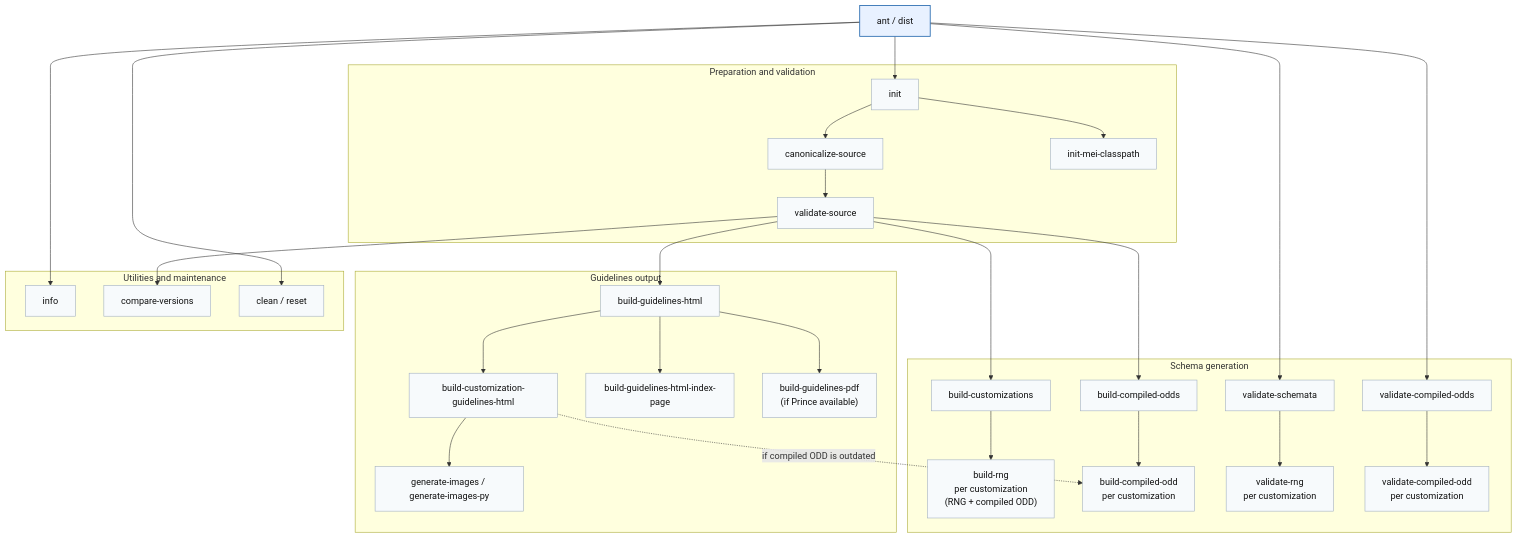
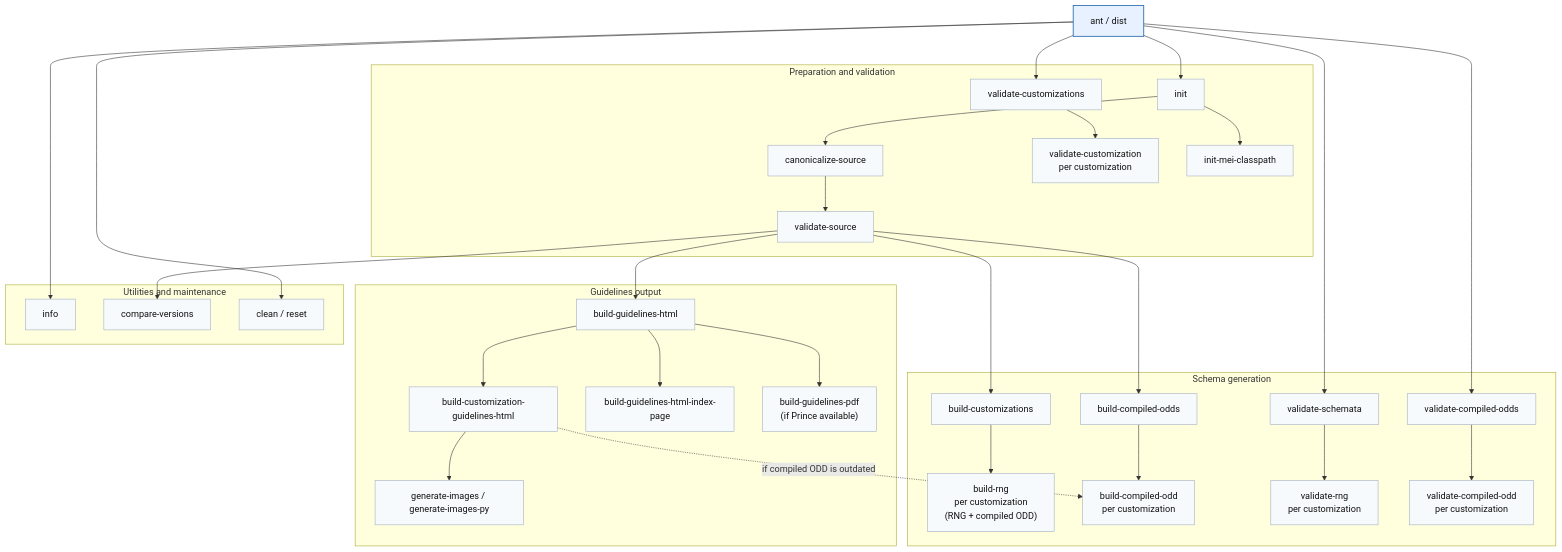
One commit to music-encoding/music-encoding changed the diagram in BUILD_COMMANDLINE.md. Above: the diagram before and after it, drawn with Mermaid. The commit also changed other lines of this file and 2 other files, not shown here.

Commit message:
validation: validate customization files against mei_odds.rng
Customizations were only checked indirectly through their compiled
ODDs, so errors pointed at generated output. Validate customizations/*.xml
directly with the validate-against-mei-odds macro; this needs no build
and runs as its own PR validation job. mei-basic fails until #1889.

Refs #1813

````diff
--- a/BUILD_COMMANDLINE.md
+++ b/BUILD_COMMANDLINE.md
@@ -146,66 +146,70 @@
 ```mermaid
 flowchart TD
     DIST["ant / dist"]:::primary
 
     subgraph PREP["Preparation and validation"]
         CANON["canonicalize-source"]
         VALID["validate-source"]
+        VALID_CUSS["validate-customizations"]
+        VALID_CUS["validate-customization\nper customization"]
         INIT["init"]
         CLP["init-mei-classpath"]
     end
 
     subgraph SCHEMA["Schema generation"]
         RNGS["build-customizations"]
         ODDS["build-compiled-odds"]
         RNG_CUS["build-rng\nper customization\n(RNG + compiled ODD)"]
         ODD_CUS["build-compiled-odd\nper customization"]
         VALID_SCH["validate-schemata"]
         VALID_RNG_CUS["validate-rng\nper customization"]
         VALID_ODDS["validate-compiled-odds"]
         VALID_ODD_CUS["validate-compiled-odd\nper customization"]
     end
 
     subgraph DOCS["Guidelines output"]
         HTML["build-guidelines-html"]
         HTML_CUS["build-customization-guidelines-html"]
         IDX["build-guidelines-html-index-page"]
         PDF["build-guidelines-pdf\n(if Prince available)"]
         IMG["generate-images / generate-images-py"]
     end
 
     subgraph UTIL["Utilities and maintenance"]
         INFO["info"]
         COMP["compare-versions"]
         CLEAN["clean / reset"]
     end
 
     DIST --> INIT
     INIT --> CLP
     INIT --> CANON
     CANON --> VALID
 
     VALID --> RNGS
     VALID --> ODDS
     VALID --> HTML
     VALID --> COMP
 
     RNGS --> RNG_CUS
     DIST --> VALID_SCH
     VALID_SCH --> VALID_RNG_CUS
     DIST --> VALID_ODDS
     VALID_ODDS --> VALID_ODD_CUS
+    DIST --> VALID_CUSS
+    VALID_CUSS --> VALID_CUS
     ODDS --> ODD_CUS
     HTML --> HTML_CUS
     HTML_CUS -. "if compiled ODD is outdated" .-> ODD_CUS
     HTML_CUS --> IMG
     HTML --> IDX
     HTML --> PDF
 
     DIST --> INFO
     DIST --> CLEAN
 
     classDef primary fill:#e8f1ff,stroke:#2b6cb0,stroke-width:1.5px,color:#111;
     classDef default fill:#f7fafc,stroke:#a0aec0,stroke-width:1px,color:#111;
     class DIST primary;
-    class CANON,VALID,INIT,CLP,RNGS,ODDS,RNG_CUS,ODD_CUS,VALID_SCH,VALID_RNG_CUS,VALID_ODDS,VALID_ODD_CUS,HTML,HTML_CUS,IDX,PDF,IMG,INFO,COMP,CLEAN default;
+    class CANON,VALID,VALID_CUSS,VALID_CUS,INIT,CLP,RNGS,ODDS,RNG_CUS,ODD_CUS,VALID_SCH,VALID_RNG_CUS,VALID_ODDS,VALID_ODD_CUS,HTML,HTML_CUS,IDX,PDF,IMG,INFO,COMP,CLEAN default;
 ```
````
